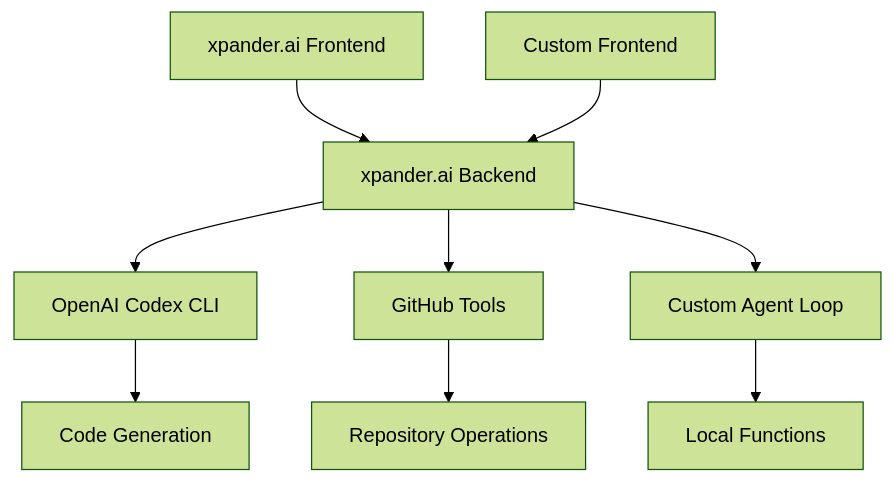
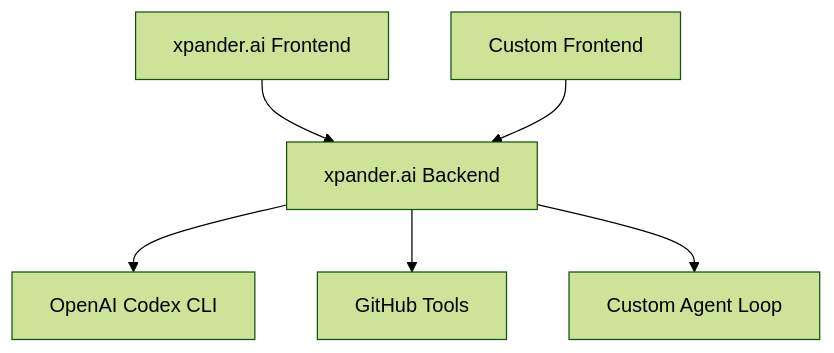
Before and after one commit to xpander-ai/docs: the diagram in workshops/swe-cloud-agent-workshop/index.mdx, drawn with Mermaid (forest theme). The commit also changed other lines of this file and 5 other files, not shown here.

`````diff
--- a/workshops/swe-cloud-agent-workshop/index.mdx
+++ b/workshops/swe-cloud-agent-workshop/index.mdx
@@ -17,11 +17,8 @@
 ```mermaid
 graph TB
     X[xpander.ai Frontend] --> B[xpander.ai Backend]
     A[Custom Frontend] --> B[xpander.ai Backend]
     B --> C[OpenAI Codex CLI]
     B --> D[GitHub Tools]
     B --> E[Custom Agent Loop]
-    C --> F[Code Generation]
-    D --> G[Repository Operations]
-    E --> H[Local Functions]
-```
+````
`````
